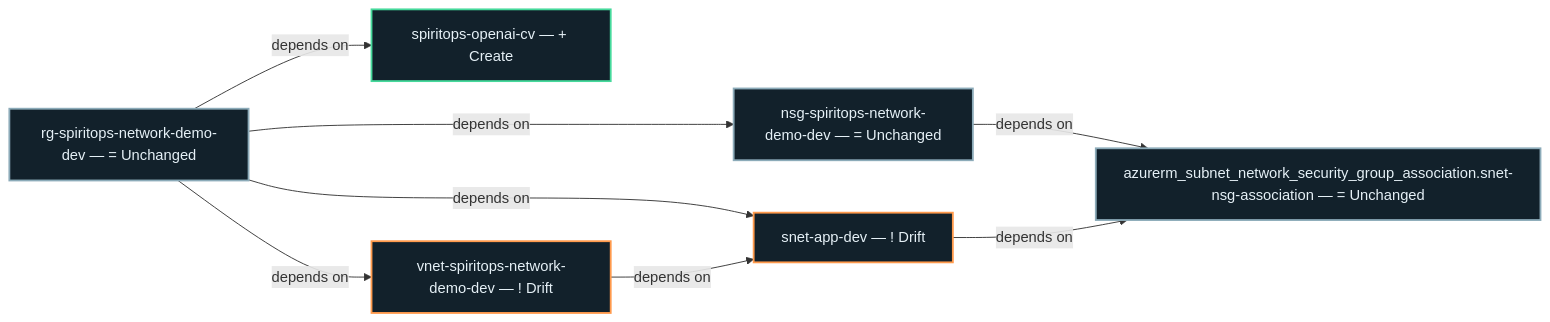
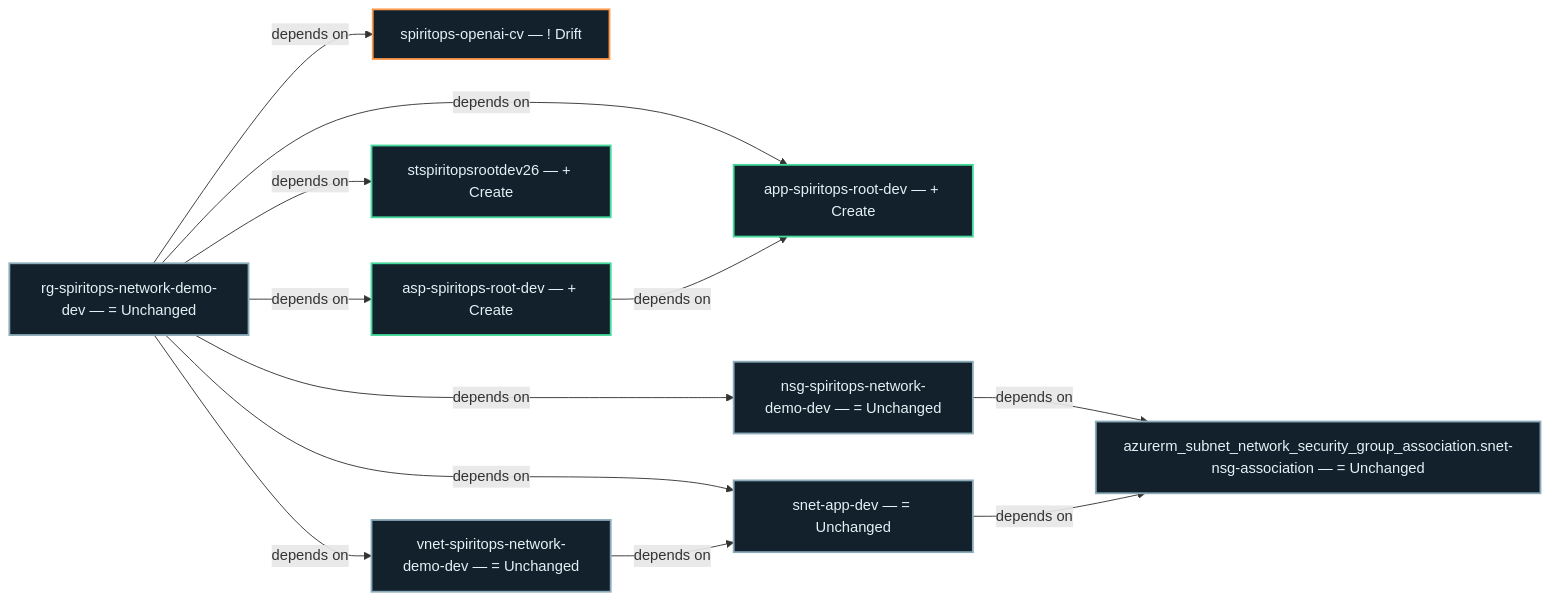
Before and after one commit to jeffy555/rootmodule: the diagram in .spiritops/architecture/current/graph.mmd, drawn with Mermaid. The commit also changed 12 other files, not shown here.

Commit message:
spiritops: build 01M6P9PYRSKHHA5E1S4XBN4HW2 — 3 add, 0 modify, 0 destroy, 1 drift

```diff
--- a/.spiritops/architecture/current/graph.mmd
+++ b/.spiritops/architecture/current/graph.mmd
@@ -1,20 +1,30 @@
 flowchart LR
-  n35521a41ff782fc49e06e713dce24f13d5f6b9c30d80e8c0b80a799b150e6616["spiritops-openai-cv — #43; Create"]
-  style n35521a41ff782fc49e06e713dce24f13d5f6b9c30d80e8c0b80a799b150e6616 fill:#12212b,color:#e5f0f6,stroke:#45d99b,stroke-width:2px
+  n35521a41ff782fc49e06e713dce24f13d5f6b9c30d80e8c0b80a799b150e6616["spiritops-openai-cv — #33; Drift"]
+  style n35521a41ff782fc49e06e713dce24f13d5f6b9c30d80e8c0b80a799b150e6616 fill:#12212b,color:#e5f0f6,stroke:#ff9a4c,stroke-width:2px
+  n3359ef344e8d501636e058c77ceea2d663761d805a8c3da18fc0c507abe737c1["app-spiritops-root-dev — #43; Create"]
+  style n3359ef344e8d501636e058c77ceea2d663761d805a8c3da18fc0c507abe737c1 fill:#12212b,color:#e5f0f6,stroke:#45d99b,stroke-width:2px
   na3a895ea57514ffd41a6ebebdea1a217f2d47b8f375dfbcc471e10b9127a485c["nsg-spiritops-network-demo-dev — #61; Unchanged"]
   style na3a895ea57514ffd41a6ebebdea1a217f2d47b8f375dfbcc471e10b9127a485c fill:#12212b,color:#e5f0f6,stroke:#8cabb9,stroke-width:2px
   n3f8247fd45bf142fed16ee2f91acafcbfc489d27f37c44c281e95480e11375d1["rg-spiritops-network-demo-dev — #61; Unchanged"]
   style n3f8247fd45bf142fed16ee2f91acafcbfc489d27f37c44c281e95480e11375d1 fill:#12212b,color:#e5f0f6,stroke:#8cabb9,stroke-width:2px
-  n625ef6b81d52267bf4a7cbe94b4ee570f730450729c87a5dc756d612e367fe56["snet-app-dev — #33; Drift"]
-  style n625ef6b81d52267bf4a7cbe94b4ee570f730450729c87a5dc756d612e367fe56 fill:#12212b,color:#e5f0f6,stroke:#ff9a4c,stroke-width:2px
+  n03b28b1750612858033a9edefa298296ba6436069e8d7ee28c504197c18f62e8["asp-spiritops-root-dev — #43; Create"]
+  style n03b28b1750612858033a9edefa298296ba6436069e8d7ee28c504197c18f62e8 fill:#12212b,color:#e5f0f6,stroke:#45d99b,stroke-width:2px
+  n85b5cb2b932c011e1a69a2513dec7204e39552ee6fd9c29ce635413f356de920["stspiritopsrootdev26 — #43; Create"]
+  style n85b5cb2b932c011e1a69a2513dec7204e39552ee6fd9c29ce635413f356de920 fill:#12212b,color:#e5f0f6,stroke:#45d99b,stroke-width:2px
+  n625ef6b81d52267bf4a7cbe94b4ee570f730450729c87a5dc756d612e367fe56["snet-app-dev — #61; Unchanged"]
+  style n625ef6b81d52267bf4a7cbe94b4ee570f730450729c87a5dc756d612e367fe56 fill:#12212b,color:#e5f0f6,stroke:#8cabb9,stroke-width:2px
   n6653e6c3836738d8fb0733a741b632e6333b4610eafd2166fd599c361b0c715f["azurerm_subnet_network_security_group_association.snet-nsg-association — #61; Unchanged"]
   style n6653e6c3836738d8fb0733a741b632e6333b4610eafd2166fd599c361b0c715f fill:#12212b,color:#e5f0f6,stroke:#8cabb9,stroke-width:2px
-  na83604f6b3788717d87fb1ff99fee9f54ac877097f1ec7c45360db352c43cb47["vnet-spiritops-network-demo-dev — #33; Drift"]
-  style na83604f6b3788717d87fb1ff99fee9f54ac877097f1ec7c45360db352c43cb47 fill:#12212b,color:#e5f0f6,stroke:#ff9a4c,stroke-width:2px
+  na83604f6b3788717d87fb1ff99fee9f54ac877097f1ec7c45360db352c43cb47["vnet-spiritops-network-demo-dev — #61; Unchanged"]
+  style na83604f6b3788717d87fb1ff99fee9f54ac877097f1ec7c45360db352c43cb47 fill:#12212b,color:#e5f0f6,stroke:#8cabb9,stroke-width:2px
   na3a895ea57514ffd41a6ebebdea1a217f2d47b8f375dfbcc471e10b9127a485c -->|"depends on"| n6653e6c3836738d8fb0733a741b632e6333b4610eafd2166fd599c361b0c715f
   n3f8247fd45bf142fed16ee2f91acafcbfc489d27f37c44c281e95480e11375d1 -->|"depends on"| n35521a41ff782fc49e06e713dce24f13d5f6b9c30d80e8c0b80a799b150e6616
+  n3f8247fd45bf142fed16ee2f91acafcbfc489d27f37c44c281e95480e11375d1 -->|"depends on"| n3359ef344e8d501636e058c77ceea2d663761d805a8c3da18fc0c507abe737c1
   n3f8247fd45bf142fed16ee2f91acafcbfc489d27f37c44c281e95480e11375d1 -->|"depends on"| na3a895ea57514ffd41a6ebebdea1a217f2d47b8f375dfbcc471e10b9127a485c
+  n3f8247fd45bf142fed16ee2f91acafcbfc489d27f37c44c281e95480e11375d1 -->|"depends on"| n03b28b1750612858033a9edefa298296ba6436069e8d7ee28c504197c18f62e8
+  n3f8247fd45bf142fed16ee2f91acafcbfc489d27f37c44c281e95480e11375d1 -->|"depends on"| n85b5cb2b932c011e1a69a2513dec7204e39552ee6fd9c29ce635413f356de920
   n3f8247fd45bf142fed16ee2f91acafcbfc489d27f37c44c281e95480e11375d1 -->|"depends on"| n625ef6b81d52267bf4a7cbe94b4ee570f730450729c87a5dc756d612e367fe56
   n3f8247fd45bf142fed16ee2f91acafcbfc489d27f37c44c281e95480e11375d1 -->|"depends on"| na83604f6b3788717d87fb1ff99fee9f54ac877097f1ec7c45360db352c43cb47
+  n03b28b1750612858033a9edefa298296ba6436069e8d7ee28c504197c18f62e8 -->|"depends on"| n3359ef344e8d501636e058c77ceea2d663761d805a8c3da18fc0c507abe737c1
   n625ef6b81d52267bf4a7cbe94b4ee570f730450729c87a5dc756d612e367fe56 -->|"depends on"| n6653e6c3836738d8fb0733a741b632e6333b4610eafd2166fd599c361b0c715f
   na83604f6b3788717d87fb1ff99fee9f54ac877097f1ec7c45360db352c43cb47 -->|"depends on"| n625ef6b81d52267bf4a7cbe94b4ee570f730450729c87a5dc756d612e367fe56
```
